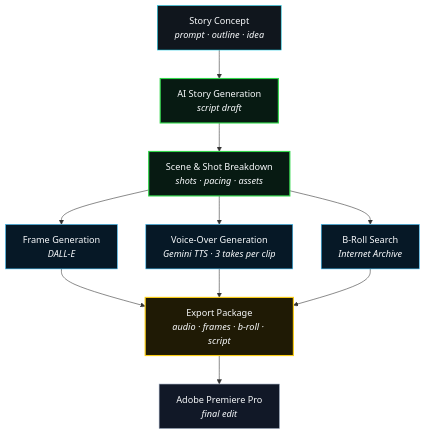
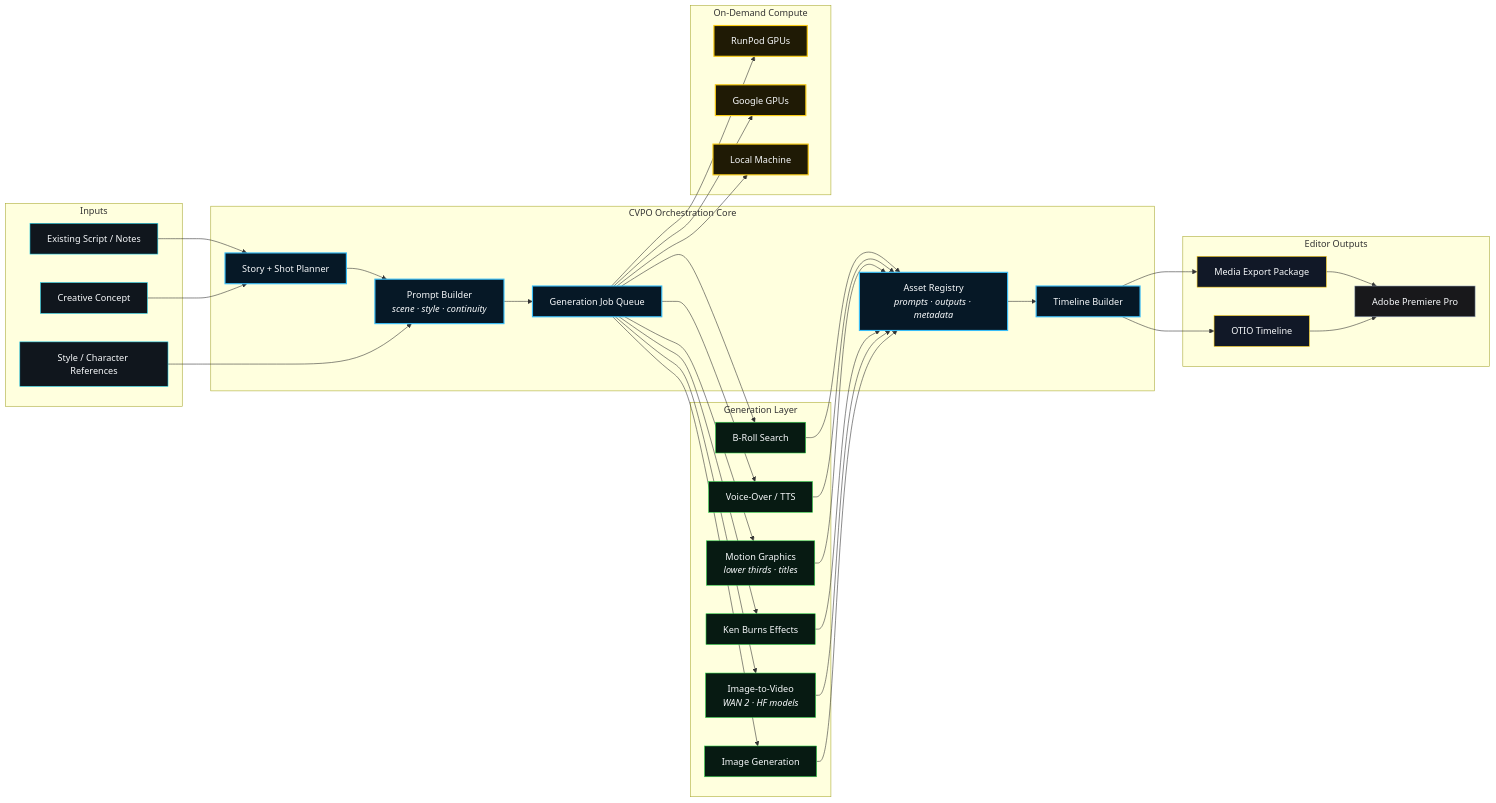
One commit to savevsgames/savevsgames changed the second of 2 diagrams in README.md. Above: the diagram before and after it, drawn with Mermaid. The commit also changed other lines of this file, not shown here.

Commit message:
Enhance CVPO description with GPU and OTIO details
Expanded the description of CVPO to include details about cloud GPU inference and OTIO output format.

````diff
--- a/README.md
+++ b/README.md
@@ -121,33 +121,81 @@
 ```mermaid
-graph TD
-    Concept["Story Concept<br/><em>prompt · outline · idea</em>"]
-    Generate["AI Story Generation<br/><em>script draft</em>"]
-    Scenes["Scene & Shot Breakdown<br/><em>shots · pacing · assets</em>"]
-    Frames["Frame Generation<br/><em>DALL-E</em>"]
-    VO["Voice-Over Generation<br/><em>Gemini TTS · 3 takes per clip</em>"]
-    BRoll["B-Roll Search<br/><em>Internet Archive</em>"]
-    Export["Export Package<br/><em>audio · frames · b-roll · script</em>"]
-    Premiere["Adobe Premiere Pro<br/><em>final edit</em>"]
+graph LR
+    subgraph Inputs["Inputs"]
+        Concept["Creative Concept"]
+        Refs["Style / Character References"]
+        ScriptInput["Existing Script / Notes"]
+    end
 
-    Concept --> Generate
-    Generate --> Scenes
-    Scenes --> Frames
-    Scenes --> VO
-    Scenes --> BRoll
-    Frames --> Export
-    VO --> Export
-    BRoll --> Export
-    Export --> Premiere
+    subgraph CVPO["CVPO Orchestration Core"]
+        Planner["Story + Shot Planner"]
+        PromptEngine["Prompt Builder<br/><em>scene · style · continuity</em>"]
+        JobQueue["Generation Job Queue"]
+        TimelineBuilder["Timeline Builder"]
+        AssetRegistry["Asset Registry<br/><em>prompts · outputs · metadata</em>"]
+    end
 
-    class Concept concept;
-    class Generate,Scenes generation;
-    class Frames,VO,BRoll media;
-    class Export export;
+    subgraph Generation["Generation Layer"]
+        ImageGen["Image Generation"]
+        VideoGen["Image-to-Video<br/><em>WAN 2 · HF models</em>"]
+        KenBurns["Ken Burns Effects"]
+        MotionGfx["Motion Graphics<br/><em>lower thirds · titles</em>"]
+        Voice["Voice-Over / TTS"]
+        BRoll["B-Roll Search"]
+    end
+
+    subgraph Compute["On-Demand Compute"]
+        RunPod["RunPod GPUs"]
+        GoogleGPU["Google GPUs"]
+        Local["Local Machine"]
+    end
+
+    subgraph Outputs["Editor Outputs"]
+        OTIO["OTIO Timeline"]
+        Package["Media Export Package"]
+        Premiere["Adobe Premiere Pro"]
+    end
+
+    Concept --> Planner
+    Refs --> PromptEngine
+    ScriptInput --> Planner
+
+    Planner --> PromptEngine
+    PromptEngine --> JobQueue
+    JobQueue --> ImageGen
+    JobQueue --> VideoGen
+    JobQueue --> KenBurns
+    JobQueue --> MotionGfx
+    JobQueue --> Voice
+    JobQueue --> BRoll
+
+    JobQueue --> RunPod
+    JobQueue --> GoogleGPU
+    JobQueue --> Local
+
+    ImageGen --> AssetRegistry
+    VideoGen --> AssetRegistry
+    KenBurns --> AssetRegistry
+    MotionGfx --> AssetRegistry
+    Voice --> AssetRegistry
+    BRoll --> AssetRegistry
+
+    AssetRegistry --> TimelineBuilder
+    TimelineBuilder --> OTIO
+    TimelineBuilder --> Package
+    OTIO --> Premiere
+    Package --> Premiere
+
+    class Concept,Refs,ScriptInput input;
+    class Planner,PromptEngine,JobQueue,TimelineBuilder,AssetRegistry core;
+    class ImageGen,VideoGen,KenBurns,MotionGfx,Voice,BRoll generation;
+    class RunPod,GoogleGPU,Local compute;
+    class OTIO,Package export;
     class Premiere app;
 
-    classDef concept fill:#10161d,stroke:#22d3ee,color:#f8fafc,stroke-width:1px;
-    classDef generation fill:#071a12,stroke:#32d74b,color:#f8fafc,stroke-width:2px;
-    classDef media fill:#061826,stroke:#38bdf8,color:#f8fafc,stroke-width:1px;
-    classDef export fill:#1f1a05,stroke:#facc15,color:#f8fafc,stroke-width:2px;
-    classDef app fill:#111827,stroke:#94a3b8,color:#f8fafc,stroke-width:1px;
+    classDef input fill:#10161d,stroke:#22d3ee,color:#f8fafc,stroke-width:1px;
+    classDef core fill:#061826,stroke:#38bdf8,color:#f8fafc,stroke-width:2px;
+    classDef generation fill:#071a12,stroke:#32d74b,color:#f8fafc,stroke-width:1px;
+    classDef compute fill:#1f1a05,stroke:#facc15,color:#f8fafc,stroke-width:2px;
+    classDef export fill:#111827,stroke:#facc15,color:#f8fafc,stroke-width:1px;
+    classDef app fill:#18181b,stroke:#94a3b8,color:#f8fafc,stroke-width:1px;
 ```
````
